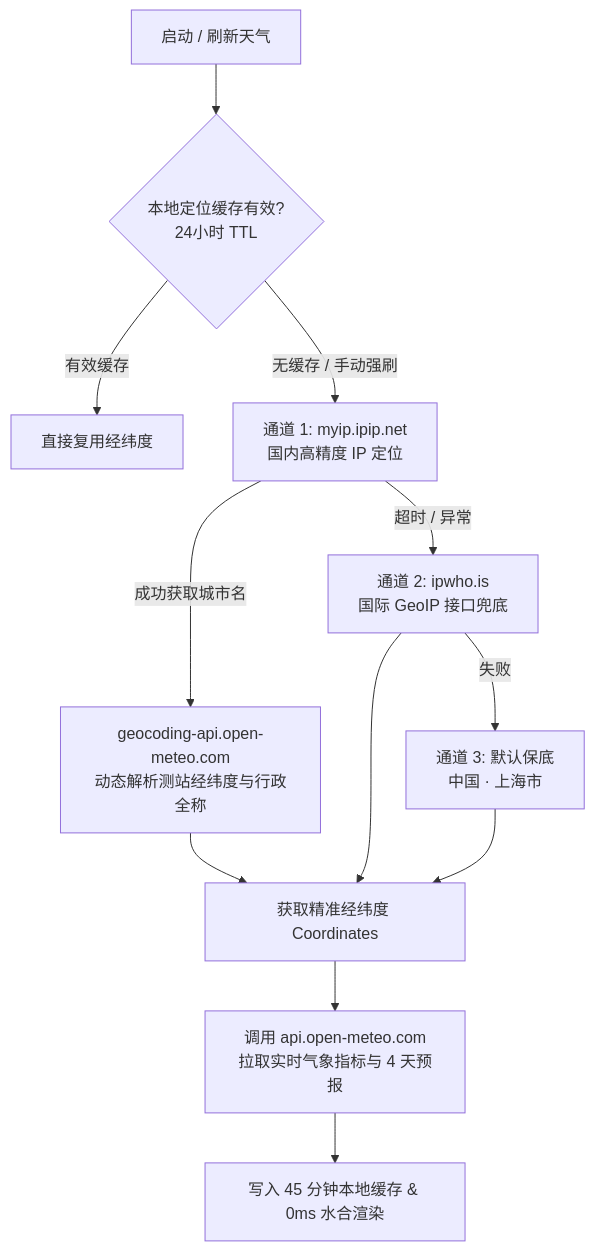
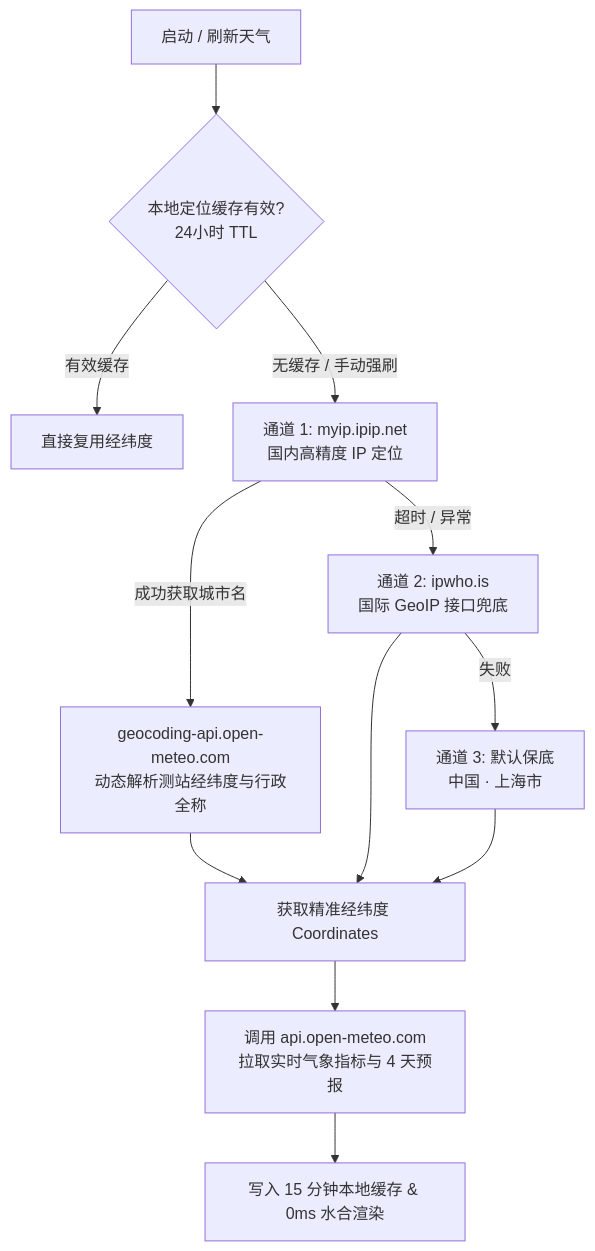
The diagram in README.md (leosdcn/glass-start), drawn with Mermaid before and after one commit. The commit also changed other lines of this file and 13 other files, not shown here.

````diff
--- a/README.md
+++ b/README.md
@@ -223,17 +225,17 @@
 ```mermaid
 graph TD
     A[启动 / 刷新天气] --> B{本地定位缓存有效?<br/>24小时 TTL}
     B -- 有效缓存 --> C[直接复用经纬度]
     B -- 无缓存 / 手动强刷 --> D[通道 1: myip.ipip.net<br/>国内高精度 IP 定位]
     
     D -- 成功获取城市名 --> E[geocoding-api.open-meteo.com<br/>动态解析测站经纬度与行政全称]
     D -- 超时 / 异常 --> F[通道 2: ipwho.is<br/>国际 GeoIP 接口兜底]
     F -- 失败 --> G[通道 3: 默认保底<br/>中国 · 上海市]
     
     E --> H[获取精准经纬度 Coordinates]
     F --> H
     G --> H
     
     H --> I[调用 api.open-meteo.com<br/>拉取实时气象指标与 4 天预报]
-    I --> J[写入 45 分钟本地缓存 & 0ms 水合渲染]
+    I --> J[写入 15 分钟本地缓存 & 0ms 水合渲染]
 ```
````
